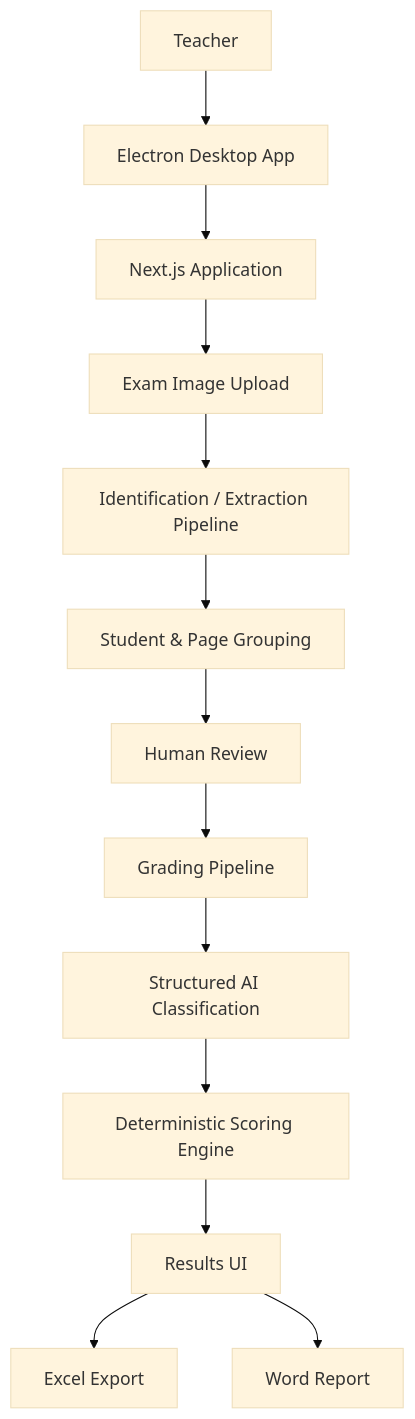
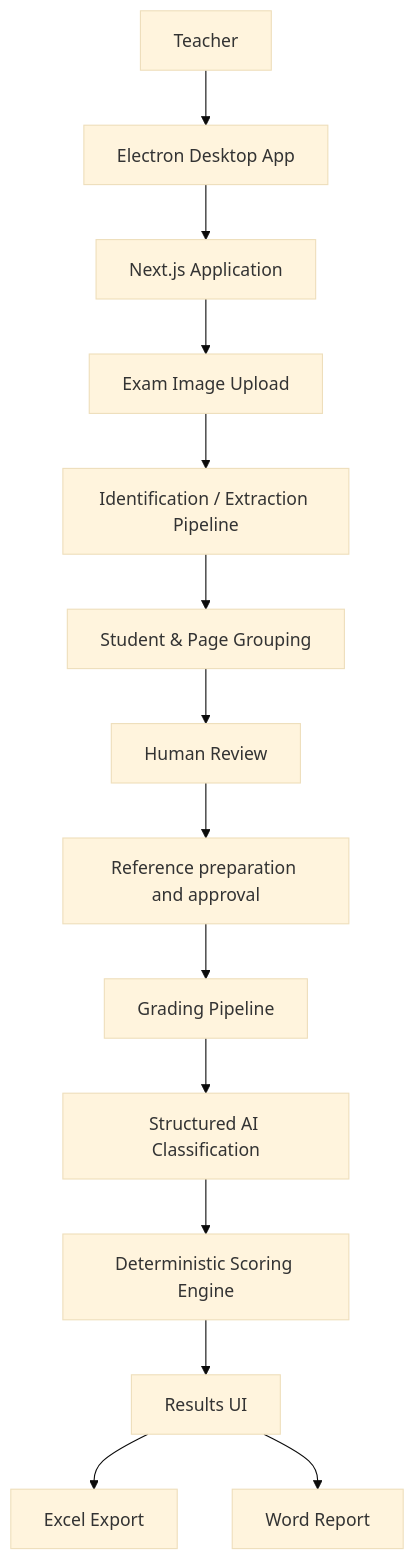
Before and after one commit to PedroFrancischeto1898/corretor-provas-ai: the first of 10 diagrams in docs/architecture.md, drawn with Mermaid (base theme). The commit also changed other lines of this file and 38 other files, not shown here.

````diff
--- a/docs/architecture.md
+++ b/docs/architecture.md
@@ -17,22 +17,23 @@
 ```mermaid
 flowchart TD
     A[Teacher] --> B[Electron Desktop App]
 
     B --> C[Next.js Application]
 
     C --> D[Exam Image Upload]
     D --> E[Identification / Extraction Pipeline]
 
     E --> F[Student & Page Grouping]
     F --> G[Human Review]
 
-    G --> H[Grading Pipeline]
+    G --> R[Reference preparation and approval]
+    R --> H[Grading Pipeline]
 
     H --> I[Structured AI Classification]
     I --> J[Deterministic Scoring Engine]
 
     J --> K[Results UI]
 
     K --> L[Excel Export]
     K --> M[Word Report]
 ```
````
